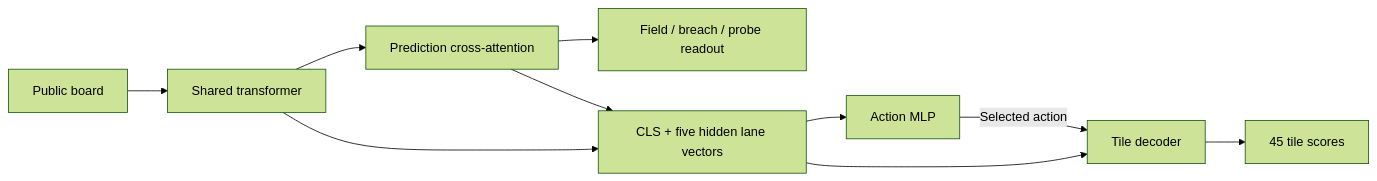
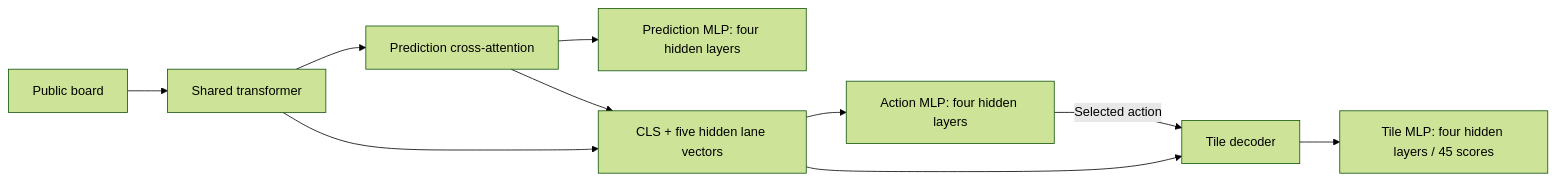
The diagram in README.md (Comb1e/RL-Pvz), drawn with Mermaid (forest theme) before and after one commit. The commit also changed other lines of this file and 15 other files, not shown here.

First line of the commit message:
feat(policy): deepen all MLPs with four narrower hidden layers

````diff
--- a/README.md
+++ b/README.md
@@ -13,12 +13,12 @@
 ```mermaid
 flowchart LR
     B[Public board] --> E[Shared transformer]
     E --> P[Prediction cross-attention]
-    P --> F[Field / breach / probe readout]
+    P --> F[Prediction MLP: four hidden layers]
     E --> C[CLS + five hidden lane vectors]
     P --> C
-    C --> A[Action MLP]
+    C --> A[Action MLP: four hidden layers]
     C --> T[Tile decoder]
     A -->|Selected action| T
-    T --> O[45 tile scores]
+    T --> O[Tile MLP: four hidden layers / 45 scores]
 ```
````
